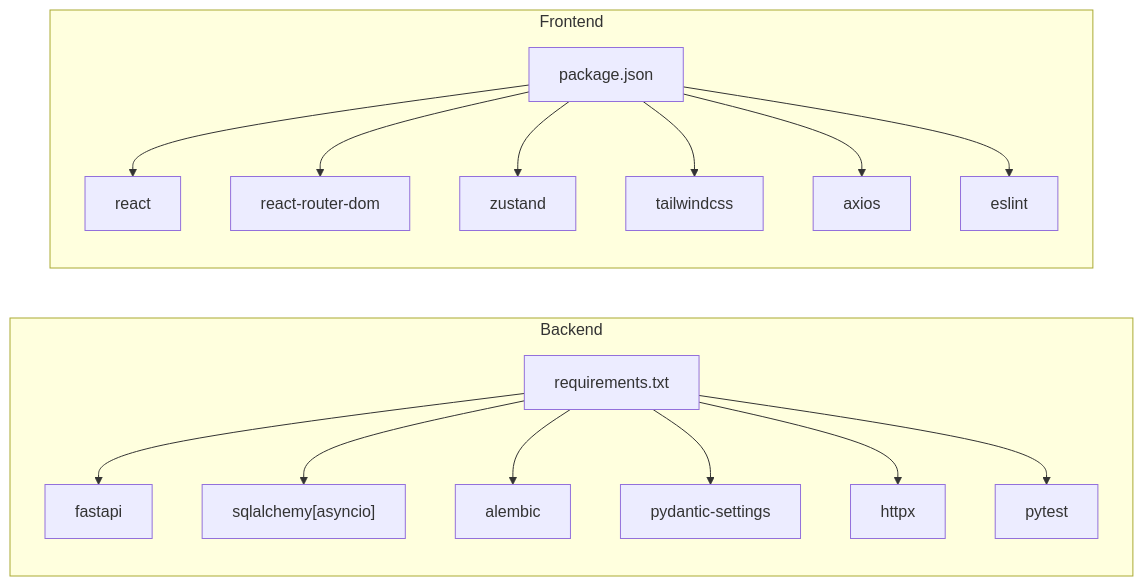
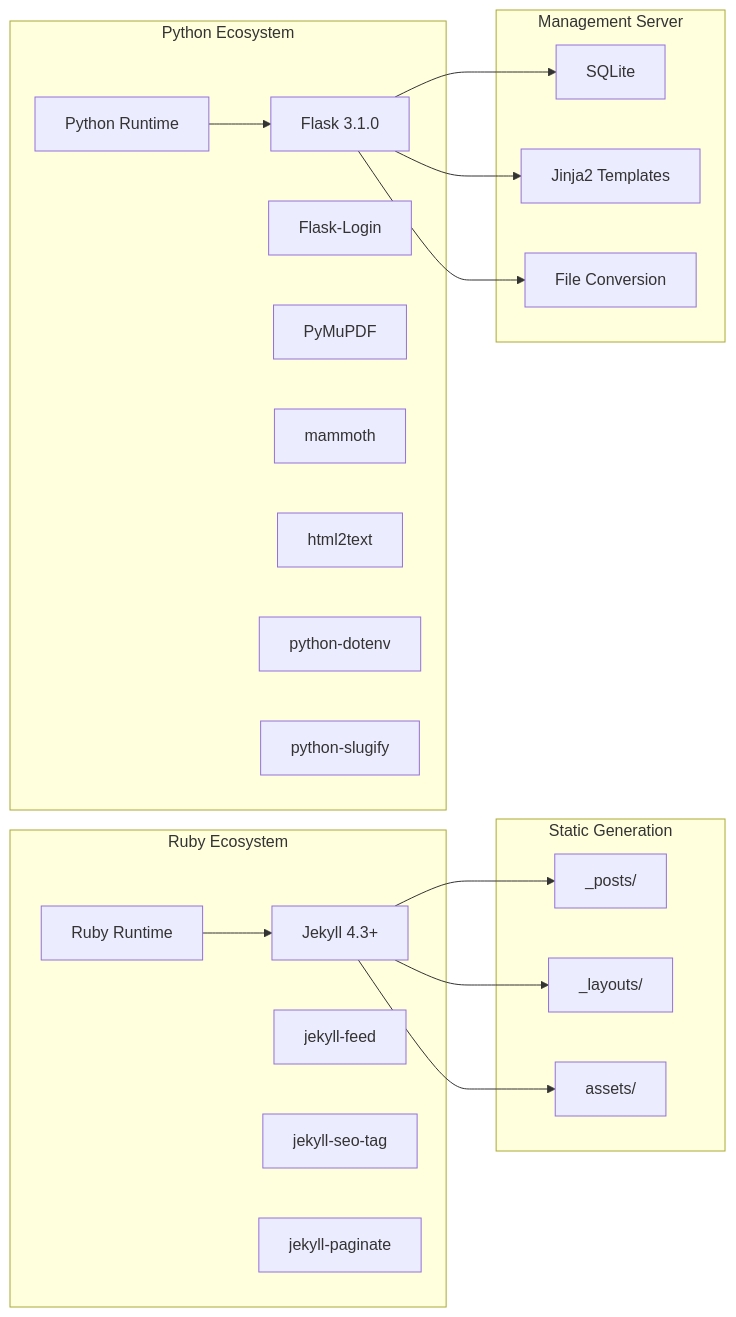
Before and after one commit to PolarisW007/PolaZhenJing: the eighth of 8 diagrams in .qoder/repowiki/en/content/Development Guidelines.md, drawn with Mermaid. The commit also changed other lines of this file and 12 other files, not shown here.

````diff
--- a/.qoder/repowiki/en/content/Development Guidelines.md
+++ b/.qoder/repowiki/en/content/Development Guidelines.md
@@ -303,33 +355,32 @@
 ```mermaid
 graph LR
-subgraph "Backend"
-B_req["requirements.txt"]
-B_fastapi["fastapi"]
-B_sql["sqlalchemy[asyncio]"]
-B_alembic["alembic"]
-B_pyd["pydantic-settings"]
-B_httpx["httpx"]
-B_test["pytest"]
+subgraph "Ruby Ecosystem"
+Ruby["Ruby Runtime"]
+Jekyll["Jekyll 4.3+"]
+Feed["jekyll-feed"]
+SEO["jekyll-seo-tag"]
+Paginate["jekyll-paginate"]
 end
-subgraph "Frontend"
-F_pkg["package.json"]
-F_react["react"]
-F_router["react-router-dom"]
-F_zustand["zustand"]
-F_tailwind["tailwindcss"]
-F_axios["axios"]
-F_eslint["eslint"]
+subgraph "Python Ecosystem"
+Python["Python Runtime"]
+Flask["Flask 3.1.0"]
+Login["Flask-Login"]
+PDF["PyMuPDF"]
+Docx["mammoth"]
+HTML2["html2text"]
+Dotenv["python-dotenv"]
+Slug["python-slugify"]
 end
-B_req --> B_fastapi
-B_req --> B_sql
-B_req --> B_alembic
-B_req --> B_pyd
-B_req --> B_httpx
-B_req --> B_test
-F_pkg --> F_react
-F_pkg --> F_router
-F_pkg --> F_zustand
-F_pkg --> F_tailwind
-F_pkg --> F_axios
-F_pkg --> F_eslint
+subgraph "Static Generation"
+Jekyll --> Posts["_posts/"]
+Jekyll --> Layouts["_layouts/"]
+Jekyll --> Assets["assets/"]
+end
+subgraph "Management Server"
+Flask --> DB["SQLite"]
+Flask --> Templates["Jinja2 Templates"]
+Flask --> Converter["File Conversion"]
+end
+Ruby --> Jekyll
+Python --> Flask
 ```
````
